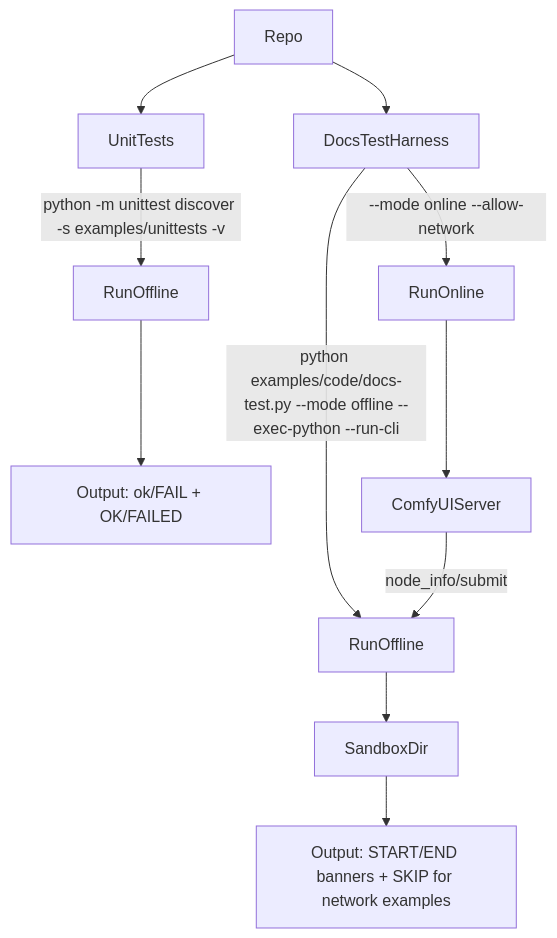
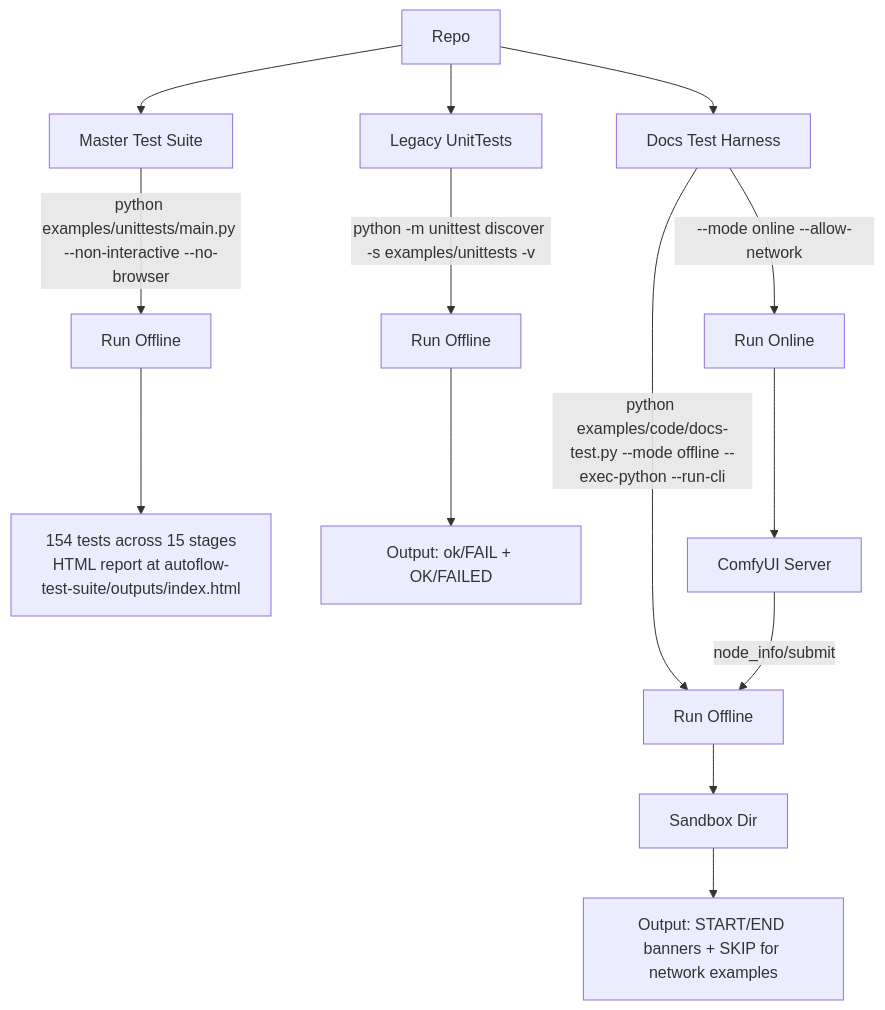
Before and after one commit to chrisdreid/comfyui-autoflow: the diagram in docs/contributing-tests.md, drawn with Mermaid. The commit also changed other lines of this file and 3 other files, not shown here.

````diff
--- a/docs/contributing-tests.md
+++ b/docs/contributing-tests.md
@@ -3,16 +5,20 @@
 ```mermaid
 flowchart TD
-  repo[Repo] --> unit[UnitTests]
-  repo --> docs[DocsTestHarness]
+  repo[Repo] --> master[Master Test Suite]
+  repo --> unit[Legacy UnitTests]
+  repo --> docs[Docs Test Harness]
 
-  unit -->|"python -m unittest discover -s examples/unittests -v"| unitRun[RunOffline]
+  master -->|"python examples/unittests/main.py --non-interactive --no-browser"| masterRun[Run Offline]
+  masterRun --> masterOut["154 tests across 15 stages<br/>HTML report at autoflow-test-suite/outputs/index.html"]
+
+  unit -->|"python -m unittest discover -s examples/unittests -v"| unitRun[Run Offline]
   unitRun --> unitOut["Output: ok/FAIL + OK/FAILED"]
 
-  docs -->|"python examples/code/docs-test.py --mode offline --exec-python --run-cli"| docsRun[RunOffline]
-  docsRun --> docsSandbox[SandboxDir]
+  docs -->|"python examples/code/docs-test.py --mode offline --exec-python --run-cli"| docsRun[Run Offline]
+  docsRun --> docsSandbox[Sandbox Dir]
   docsSandbox --> docsOut["Output: START/END banners + SKIP for network examples"]
 
-  docs -->|"--mode online --allow-network"| docsOnline[RunOnline]
-  docsOnline --> comfyServer[ComfyUIServer]
+  docs -->|"--mode online --allow-network"| docsOnline[Run Online]
+  docsOnline --> comfyServer[ComfyUI Server]
   comfyServer -->|"node_info/submit"| docsRun
 ```
````
